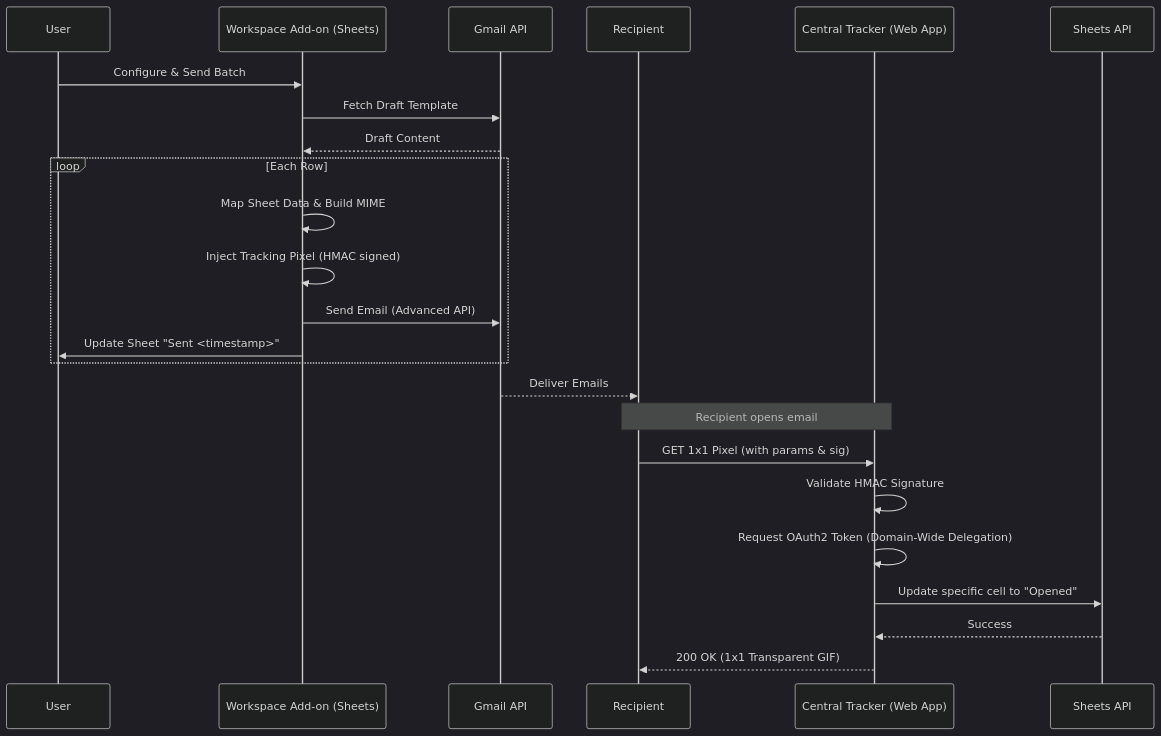
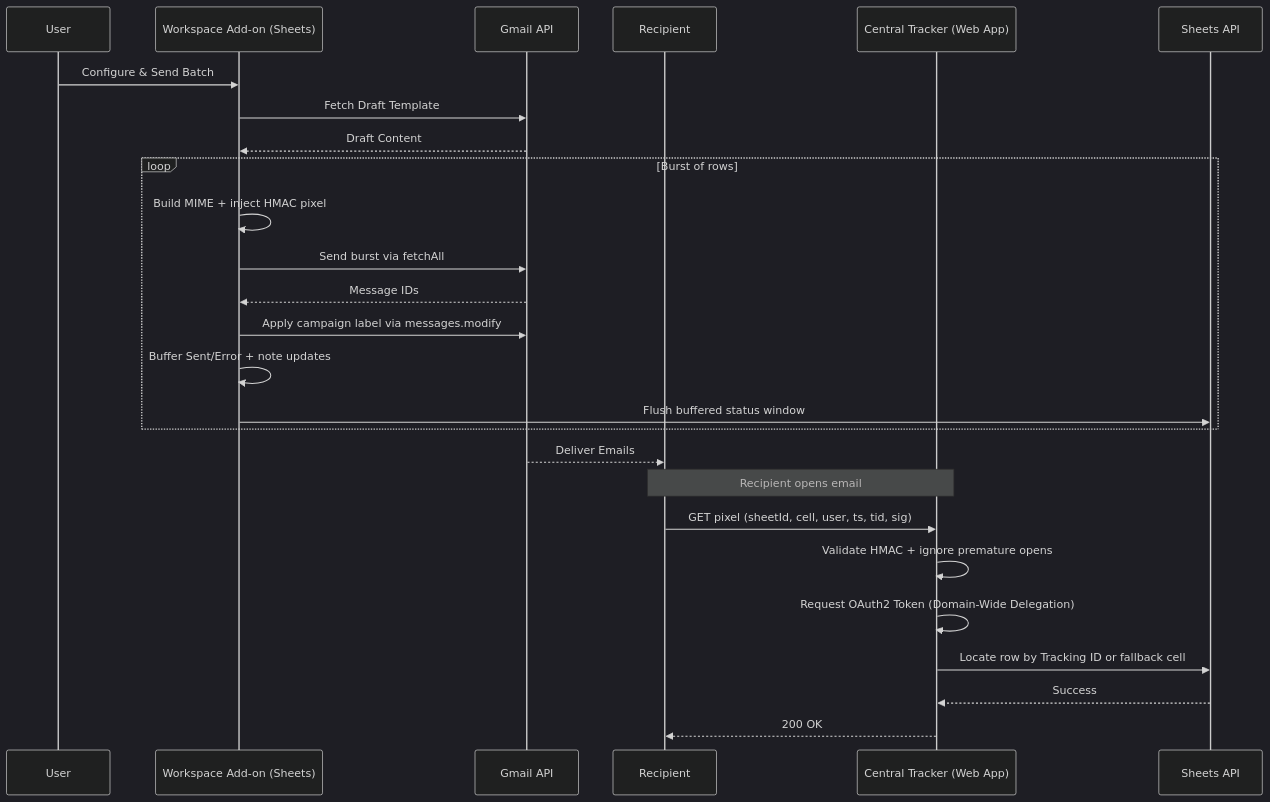
The diagram in docs/ARCHITECTURE.md (xosnos/mail-merge), drawn with Mermaid (dark theme) before and after one commit. The commit also changed other lines of this file and 21 other files, not shown here.

````diff
--- a/docs/ARCHITECTURE.md
+++ b/docs/ARCHITECTURE.md
@@ -12,28 +12,30 @@
 ```mermaid
 sequenceDiagram
     participant User
     participant AddOn as Workspace Add-on (Sheets)
     participant Gmail API
     participant Recipient
     participant Tracker as Central Tracker (Web App)
     participant Sheets API
 
     User->>AddOn: Configure & Send Batch
     AddOn->>Gmail API: Fetch Draft Template
     Gmail API-->>AddOn: Draft Content
-    loop Each Row
-        AddOn->>AddOn: Map Sheet Data & Build MIME
-        AddOn->>AddOn: Inject Tracking Pixel (HMAC signed)
-        AddOn->>Gmail API: Send Email (Advanced API)
-        AddOn->>User: Update Sheet "Sent <timestamp>"
+    loop Burst of rows
+        AddOn->>AddOn: Build MIME + inject HMAC pixel
+        AddOn->>Gmail API: Send burst via fetchAll
+        Gmail API-->>AddOn: Message IDs
+        AddOn->>Gmail API: Apply campaign label via messages.modify
+        AddOn->>AddOn: Buffer Sent/Error + note updates
+        AddOn->>Sheets API: Flush buffered status window
     end
     Gmail API-->>Recipient: Deliver Emails
 
     Note over Recipient,Tracker: Recipient opens email
-    Recipient->>Tracker: GET 1x1 Pixel (with params & sig)
-    Tracker->>Tracker: Validate HMAC Signature
+    Recipient->>Tracker: GET pixel (sheetId, cell, user, ts, tid, sig)
+    Tracker->>Tracker: Validate HMAC + ignore premature opens
     Tracker->>Tracker: Request OAuth2 Token (Domain-Wide Delegation)
-    Tracker->>Sheets API: Update specific cell to "Opened"
+    Tracker->>Sheets API: Locate row by Tracking ID or fallback cell
     Sheets API-->>Tracker: Success
-    Tracker-->>Recipient: 200 OK (1x1 Transparent GIF)
+    Tracker-->>Recipient: 200 OK
 ```
````
